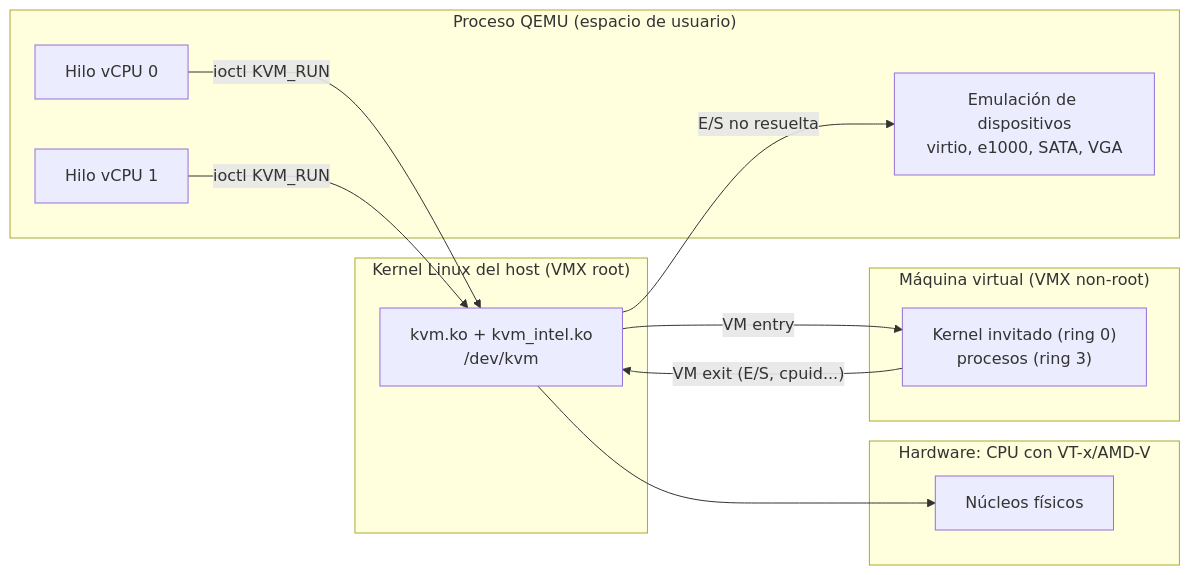
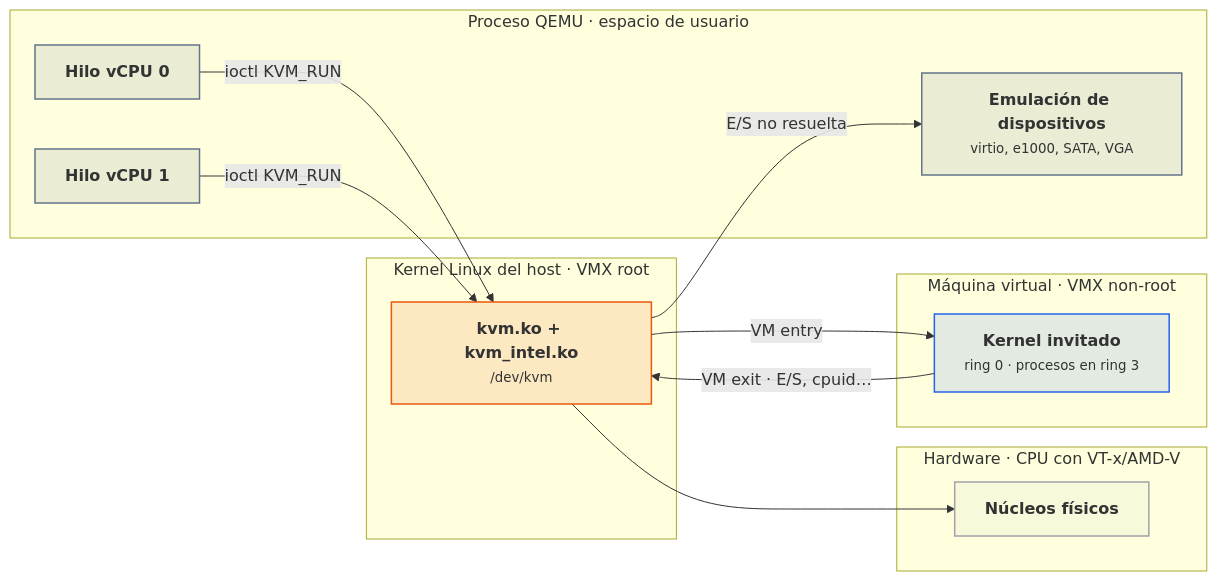
Before and after one commit to victor-educ/apuntes-5166: the tenth of 14 diagrams in docs/ut/ut1-virtualizacion.md, drawn with Mermaid. The commit also changed other lines of this file and 12 other files, not shown here.

First line of the commit message:
Temporalización definitiva, gramática visual y diagramas en todas las unidades

````diff
--- a/docs/ut/ut1-virtualizacion.md
+++ b/docs/ut/ut1-virtualizacion.md
@@ -520,23 +728,29 @@
 ```mermaid
 flowchart LR
-    subgraph HW["Hardware: CPU con VT-x/AMD-V"]
-        CPU["Núcleos físicos"]
+    subgraph HW["Hardware · CPU con VT-x/AMD-V"]
+        CPU["<b>Núcleos físicos</b>"]:::infra
     end
-    subgraph KERNEL["Kernel Linux del host (VMX root)"]
-        KVM["kvm.ko + kvm_intel.ko<br/>/dev/kvm"]
+    subgraph KERNEL["Kernel Linux del host · VMX root"]
+        KVM["<b>kvm.ko + kvm_intel.ko</b><br><small>/dev/kvm</small>"]:::act
     end
-    subgraph QEMU["Proceso QEMU (espacio de usuario)"]
-        VCPU["Hilo vCPU 0"]
-        VCPU1["Hilo vCPU 1"]
-        DEV["Emulación de dispositivos<br/>virtio, e1000, SATA, VGA"]
+    subgraph QEMU["Proceso QEMU · espacio de usuario"]
+        VCPU["<b>Hilo vCPU 0</b>"]:::pieza
+        VCPU1["<b>Hilo vCPU 1</b>"]:::pieza
+        DEV["<b>Emulación de dispositivos</b><br><small>virtio, e1000, SATA, VGA</small>"]:::pieza
     end
-    subgraph VM["Máquina virtual (VMX non-root)"]
-        GUEST["Kernel invitado (ring 0)<br/>procesos (ring 3)"]
+    subgraph VM["Máquina virtual · VMX non-root"]
+        GUEST["<b>Kernel invitado</b><br><small>ring 0 · procesos en ring 3</small>"]:::dato
     end
     VCPU -- "ioctl KVM_RUN" --> KVM
     VCPU1 -- "ioctl KVM_RUN" --> KVM
     KVM -- "VM entry" --> GUEST
-    GUEST -- "VM exit (E/S, cpuid...)" --> KVM
+    GUEST -- "VM exit · E/S, cpuid…" --> KVM
     KVM -- "E/S no resuelta" --> DEV
     KVM --> CPU
+    classDef act fill:#ea580c22,stroke:#ea580c,stroke-width:1.5px
+    classDef pieza fill:#64748b22,stroke:#64748b,stroke-width:1.5px
+    classDef dato fill:#2563eb22,stroke:#2563eb,stroke-width:1.5px
+    classDef infra fill:#a1a1aa14,stroke:#a1a1aa,stroke-width:1.5px
+    classDef ok fill:#16a34a22,stroke:#16a34a,stroke-width:1.5px
+    classDef riesgo fill:#dc262622,stroke:#dc2626,stroke-width:1.5px
 ```
````
